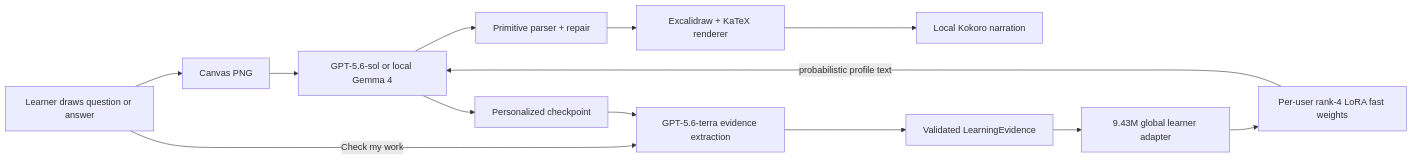
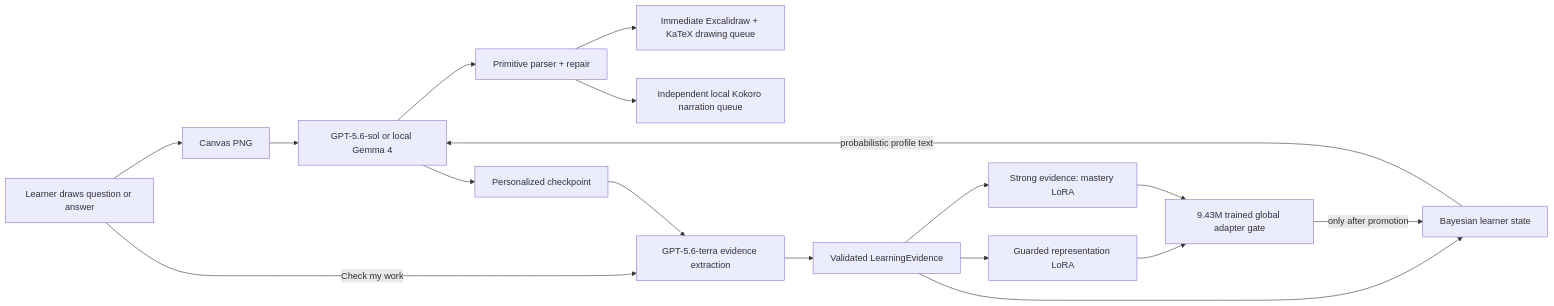
One commit to Abhijithreddydasari/Y changed the diagram in README.md. Above: the diagram before and after it, drawn with Mermaid. The commit also changed other lines of this file and 25 other files, not shown here.

````diff
--- a/README.md
+++ b/README.md
@@ -33,15 +37,19 @@
 ```mermaid
 flowchart LR
     A["Learner draws question or answer"] --> B["Canvas PNG"]
     B --> C["GPT-5.6-sol or local Gemma 4"]
     C --> D["Primitive parser + repair"]
-    D --> E["Excalidraw + KaTeX renderer"]
-    E --> F["Local Kokoro narration"]
+    D --> E["Immediate Excalidraw + KaTeX drawing queue"]
+    D --> F["Independent local Kokoro narration queue"]
     C --> G["Personalized checkpoint"]
     A -->|"Check my work"| H["GPT-5.6-terra evidence extraction"]
     G --> H
     H --> I["Validated LearningEvidence"]
-    I --> J["9.43M global learner adapter"]
-    J --> K["Per-user rank-4 LoRA fast weights"]
-    K -->|"probabilistic profile text"| C
+    I --> J["Bayesian learner state"]
+    I --> K["Guarded representation LoRA"]
+    I --> L["Strong evidence: mastery LoRA"]
+    K --> M["9.43M trained global adapter gate"]
+    L --> M
+    J -->|"probabilistic profile text"| C
+    M -->|"only after promotion"| J
 ```
````
